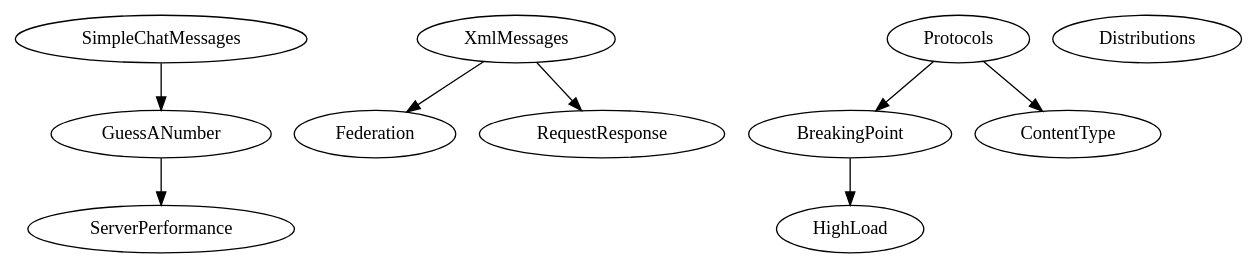
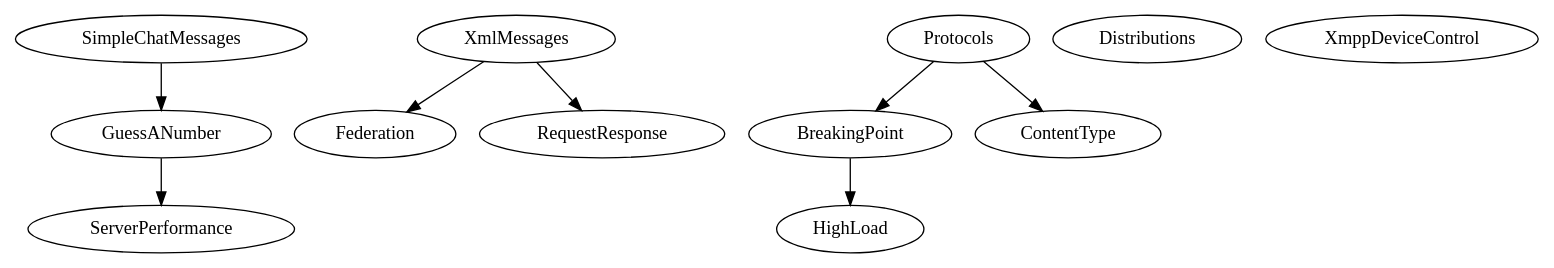
Before and after one commit to Trust-Anchor-Group/ComSim: the diagram in TODO.md, drawn with Graphviz. The commit also changed 6 other files, not shown here.

Commit message:
Adding Device Control example

````diff
--- a/TODO.md
+++ b/TODO.md
@@ -115,12 +115,13 @@
 ```dot
 digraph G {
 SimpleChatMessages -> GuessANumber
 GuessANumber -> ServerPerformance
 XmlMessages -> Federation
 XmlMessages -> RequestResponse
 Protocols -> BreakingPoint
 BreakingPoint -> HighLoad
 Protocols -> ContentType
 Distributions
+XmppDeviceControl
 }
 ```
````
